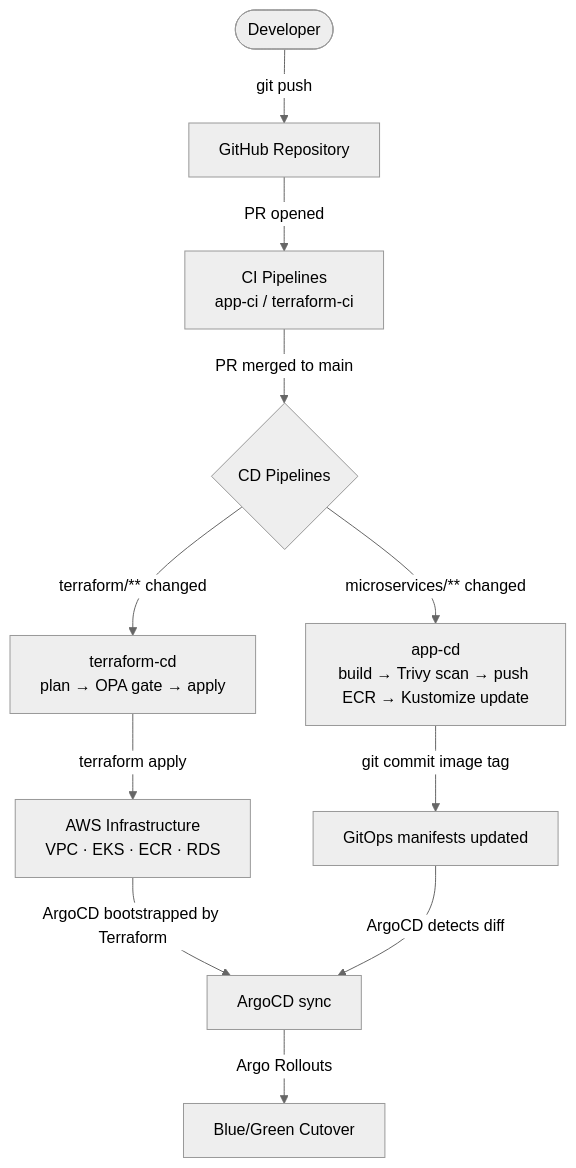
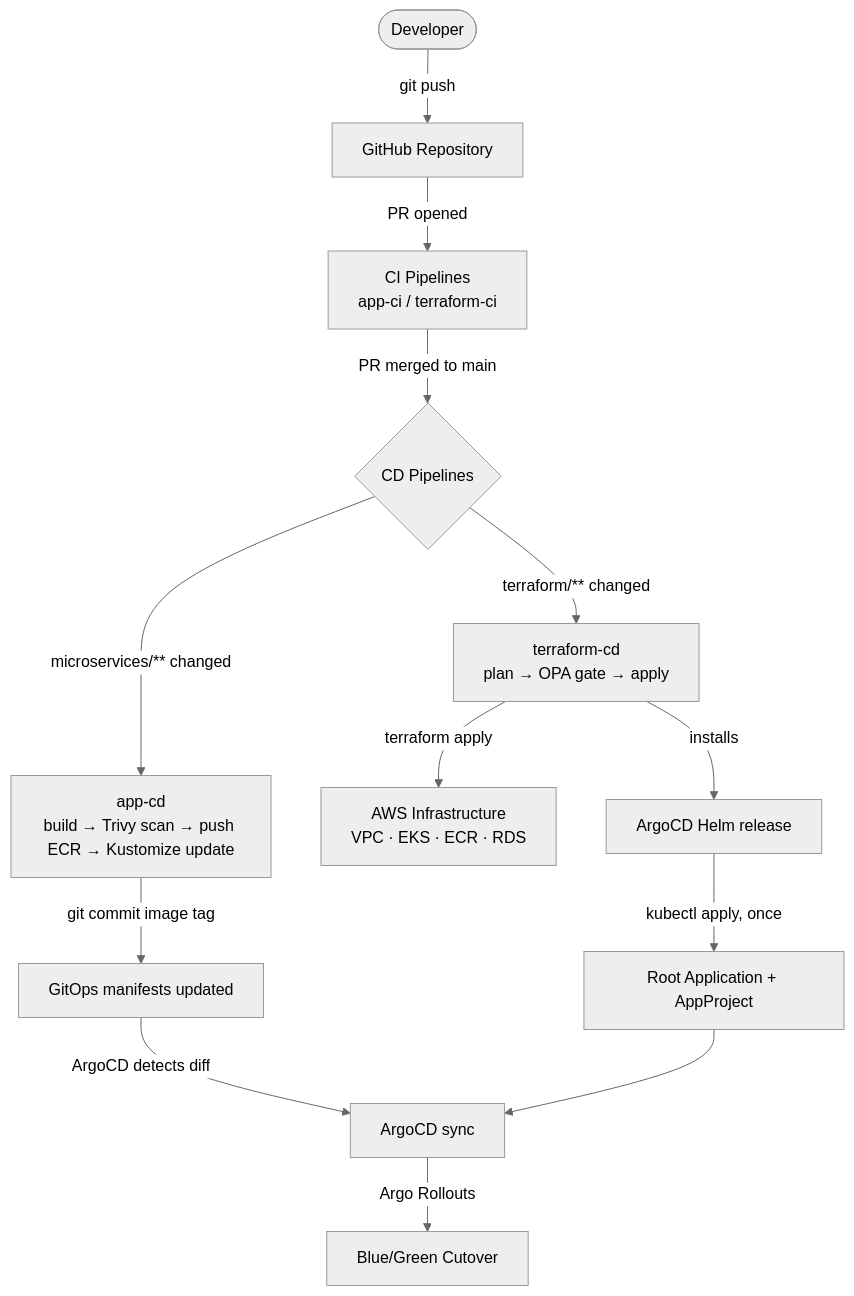
Before and after one commit to dinhtri6905/aws-eks-devsecops-platform: the first of 9 diagrams in README.md, drawn with Mermaid (neutral theme). The commit also changed other lines of this file and 5 other files, not shown here.

````diff
--- a/README.md
+++ b/README.md
@@ -94,13 +95,15 @@
 ```mermaid
 flowchart TD
     Dev([Developer]) -->|git push| GitHub[GitHub Repository]
     GitHub -->|PR opened| CI[CI Pipelines\napp-ci / terraform-ci]
     CI -->|PR merged to main| CD{CD Pipelines}
     CD -->|terraform/** changed| TF[terraform-cd\nplan → OPA gate → apply]
     CD -->|microservices/** changed| APP[app-cd\nbuild → Trivy scan → push ECR → Kustomize update]
     TF -->|terraform apply| AWS[AWS Infrastructure\nVPC · EKS · ECR · RDS]
+    TF -->|installs| ARGOINSTALL[ArgoCD Helm release]
+    ARGOINSTALL -->|kubectl apply, once| ROOT[Root Application + AppProject]
     APP -->|git commit image tag| GIT[GitOps manifests updated]
-    AWS -->|ArgoCD bootstrapped by Terraform| ARGO
     GIT -->|ArgoCD detects diff| ARGO[ArgoCD sync]
+    ROOT --> ARGO
     ARGO -->|Argo Rollouts| BG[Blue/Green Cutover]
 ```
````
